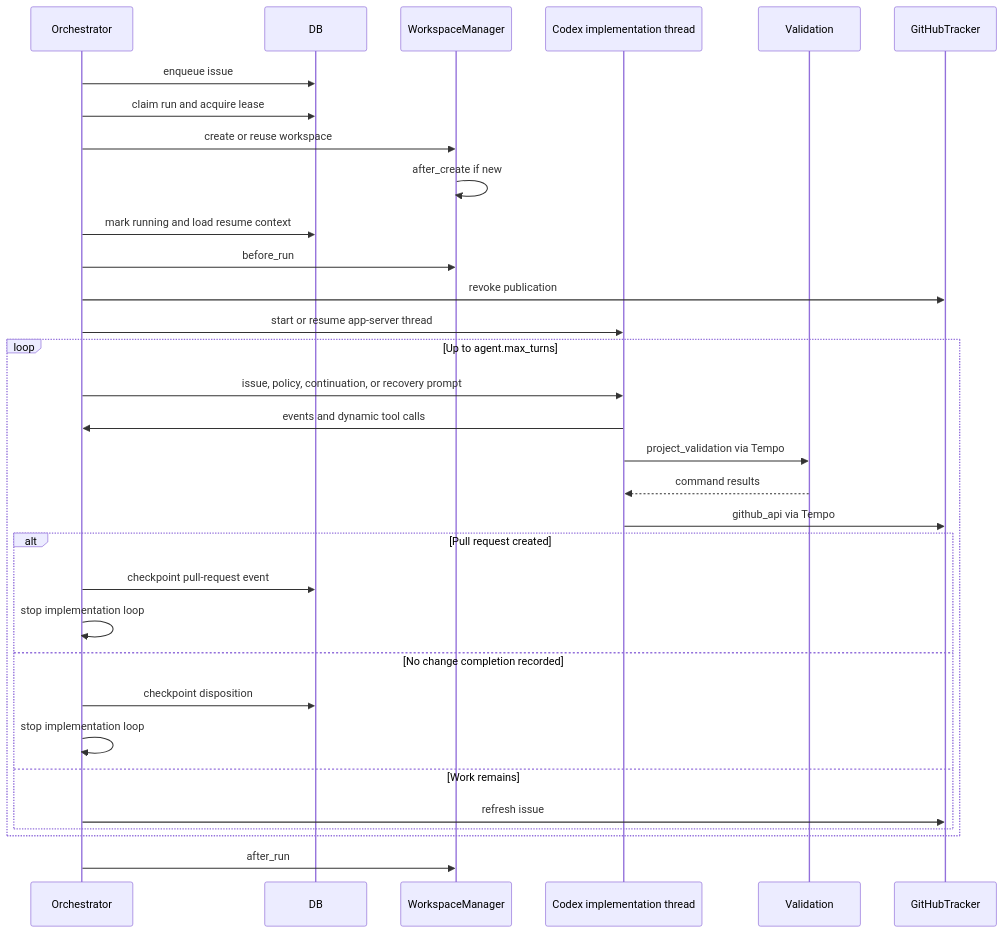
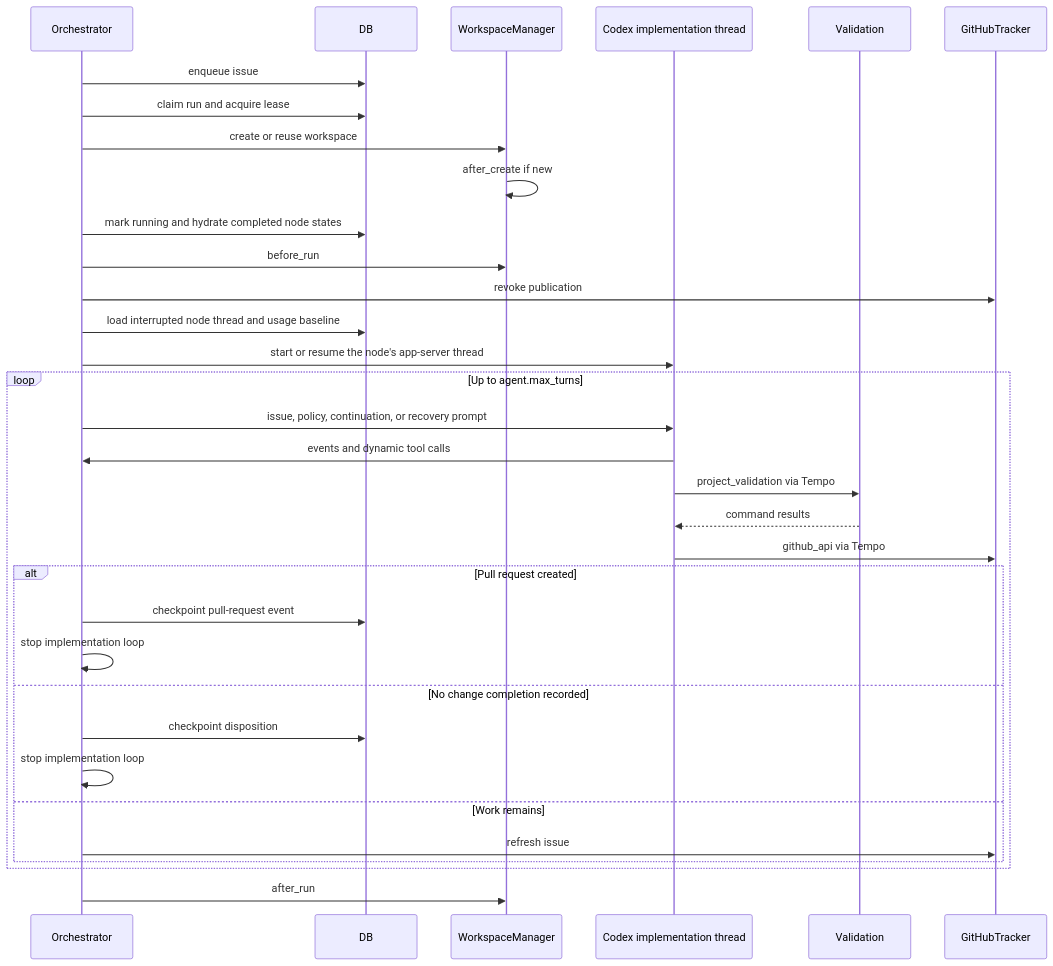
Before and after one commit to mahfouzalsheikh/tempo: the seventh of 12 diagrams in docs/ARCHITECTURE.md, drawn with Mermaid. The commit also changed other lines of this file and 12 other files, not shown here.

````diff
--- a/docs/ARCHITECTURE.md
+++ b/docs/ARCHITECTURE.md
@@ -383,35 +390,36 @@
 ```mermaid
 sequenceDiagram
     participant O as Orchestrator
     participant DB
     participant WS as WorkspaceManager
     participant C as Codex implementation thread
     participant V as Validation
     participant G as GitHubTracker
 
     O->>DB: enqueue issue
     O->>DB: claim run and acquire lease
     O->>WS: create or reuse workspace
     WS->>WS: after_create if new
-    O->>DB: mark running and load resume context
+    O->>DB: mark running and hydrate completed node states
     O->>WS: before_run
     O->>G: revoke publication
-    O->>C: start or resume app-server thread
+    O->>DB: load interrupted node thread and usage baseline
+    O->>C: start or resume the node's app-server thread
     loop Up to agent.max_turns
         O->>C: issue, policy, continuation, or recovery prompt
         C->>O: events and dynamic tool calls
         C->>V: project_validation via Tempo
         V-->>C: command results
         C->>G: github_api via Tempo
         alt Pull request created
             O->>DB: checkpoint pull-request event
             O->>O: stop implementation loop
         else No change completion recorded
             O->>DB: checkpoint disposition
             O->>O: stop implementation loop
         else Work remains
             O->>G: refresh issue
         end
     end
     O->>WS: after_run
 ```
````
